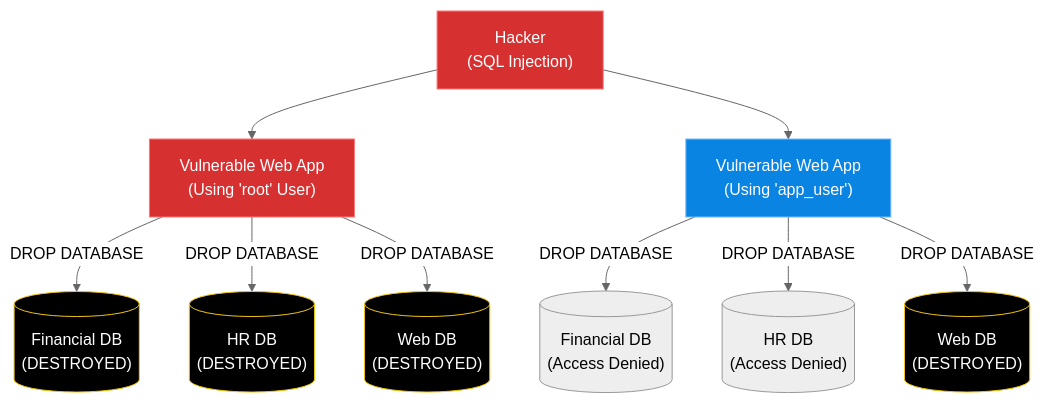
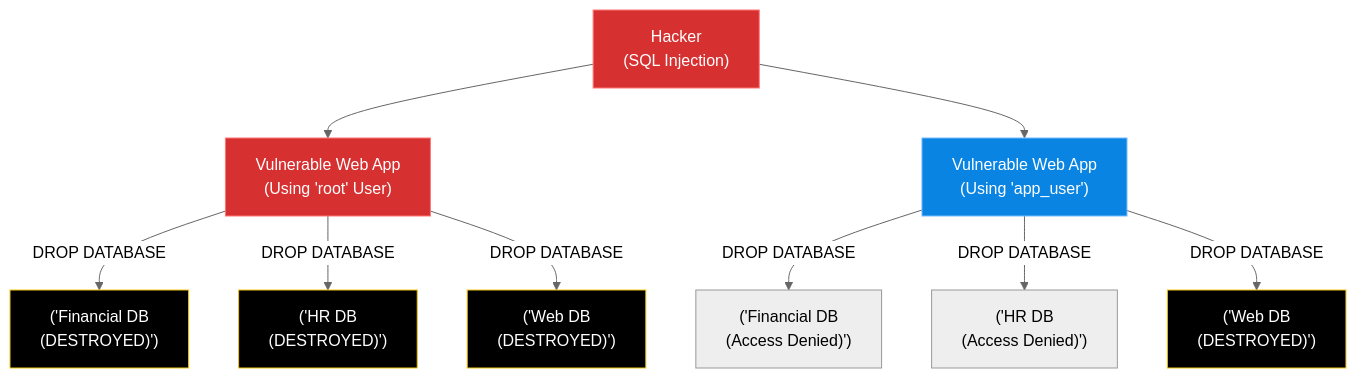
One commit to laxya911/linux-support-engineer-master-handbook changed the diagram in volumes/volume-03-enterprise-linux-services/chapters/V3-C09-database-security.md. Above: the diagram before and after it, drawn with Mermaid (neutral theme). The commit also changed 101 other files, not shown here.

Commit message:
Fix mermaid syntax across all chapters

````diff
--- a/volumes/volume-03-enterprise-linux-services/chapters/V3-C09-database-security.md
+++ b/volumes/volume-03-enterprise-linux-services/chapters/V3-C09-database-security.md
@@ -42,21 +42,21 @@
 ```mermaid
 flowchart TD
     A["Hacker \n (SQL Injection)"] --> B["Vulnerable Web App \n (Using 'root' User)"]
     A --> C["Vulnerable Web App \n (Using 'app_user')"]
     
-    B -->|DROP DATABASE| D[("Financial DB \n (DESTROYED)")]
-    B -->|DROP DATABASE| E[("HR DB \n (DESTROYED)")]
-    B -->|DROP DATABASE| F[("Web DB \n (DESTROYED)")]
+    B -->|"DROP DATABASE"| D["('Financial DB \n (DESTROYED)')"]
+    B -->|"DROP DATABASE"| E["('HR DB \n (DESTROYED)')"]
+    B -->|"DROP DATABASE"| F["('Web DB \n (DESTROYED)')"]
     
-    C -->|DROP DATABASE| G[("Financial DB \n (Access Denied)")]
-    C -->|DROP DATABASE| H[("HR DB \n (Access Denied)")]
-    C -->|DROP DATABASE| I[("Web DB \n (DESTROYED)")]
+    C -->|"DROP DATABASE"| G["('Financial DB \n (Access Denied)')"]
+    C -->|"DROP DATABASE"| H["('HR DB \n (Access Denied)')"]
+    C -->|"DROP DATABASE"| I["('Web DB \n (DESTROYED)')"]
     
     style A fill:#d63031,stroke:#ff7675,color:#fff
     style B fill:#d63031,stroke:#ff7675,color:#fff
     style C fill:#0984e3,stroke:#74b9ff,color:#fff
     style D fill:#000,stroke:#f1c40f,color:#fff
     style E fill:#000,stroke:#f1c40f,color:#fff
     style F fill:#000,stroke:#f1c40f,color:#fff
     style I fill:#000,stroke:#f1c40f,color:#fff
 ```
````
